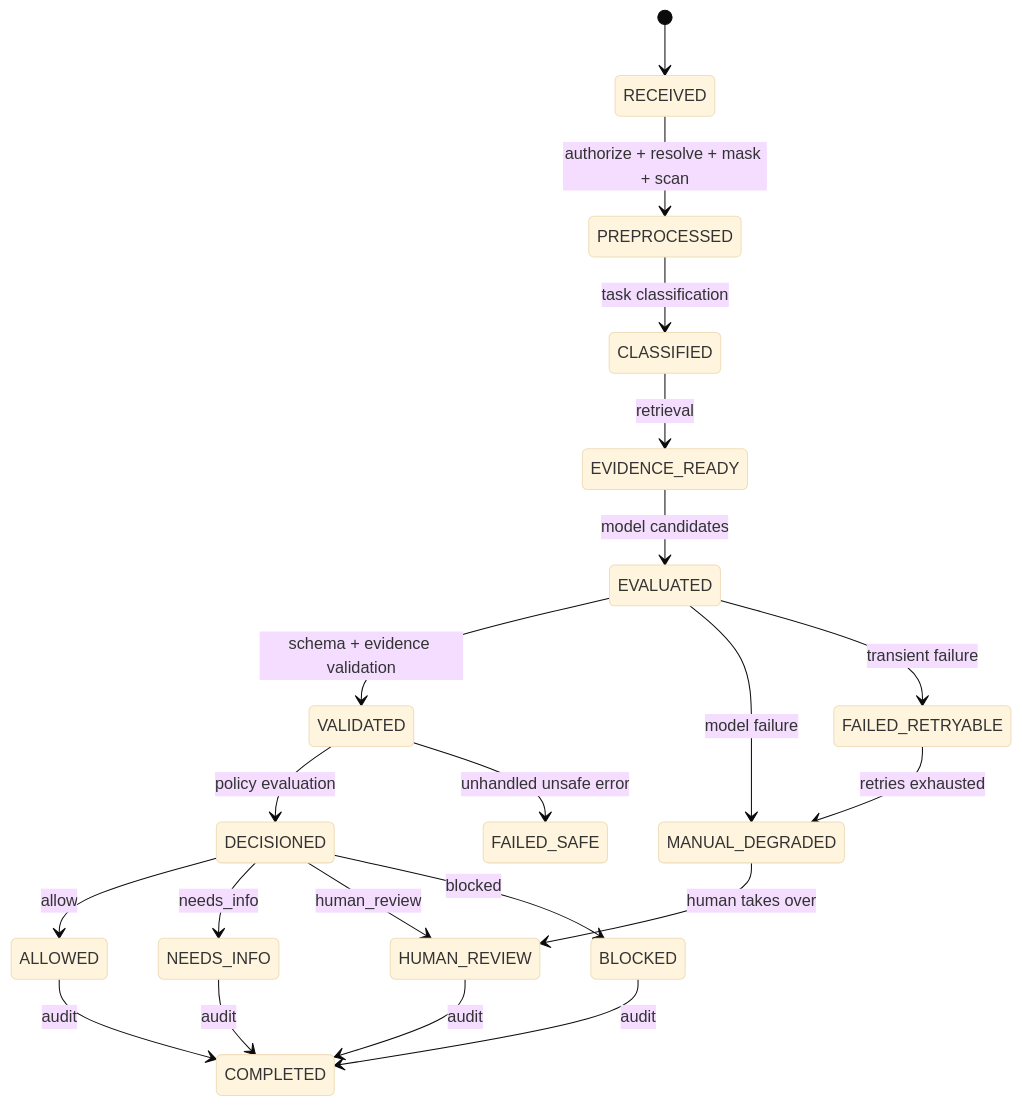
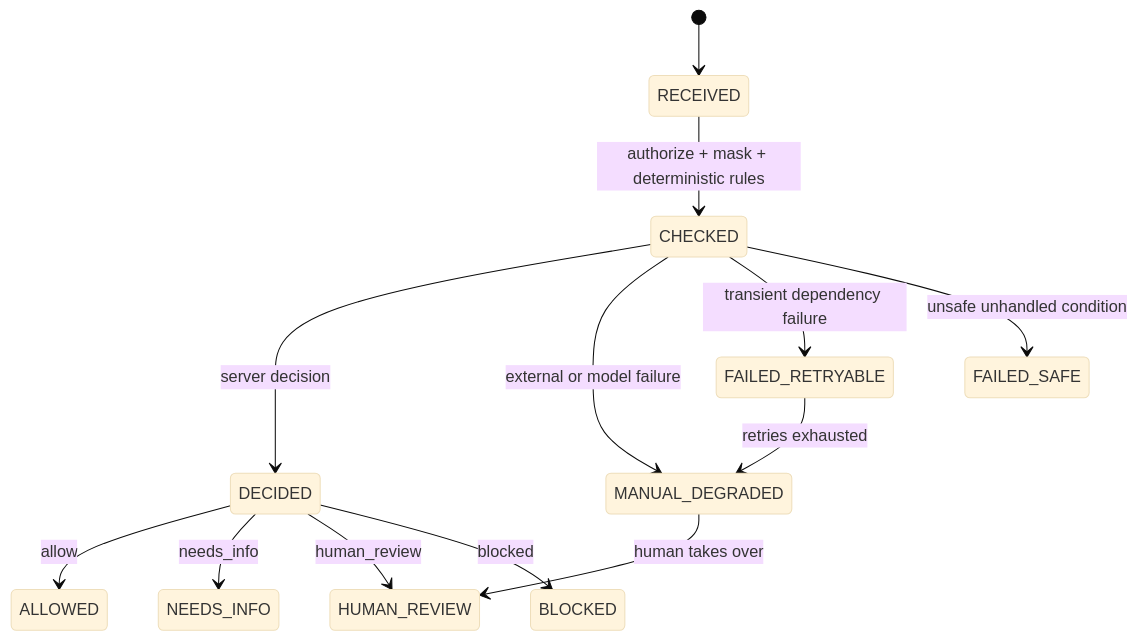
One commit to Minus77/Compliance-AI-Guard changed the fifth of 5 diagrams in docs/architecture.md. Above: the diagram before and after it, drawn with Mermaid (base theme). The commit also changed other lines of this file and 13 other files, not shown here.

````diff
--- a/docs/architecture.md
+++ b/docs/architecture.md
@@ -102,23 +271,15 @@
 ```mermaid
 stateDiagram-v2
     [*] --> RECEIVED
-    RECEIVED --> PREPROCESSED: authorize + resolve + mask + scan
-    PREPROCESSED --> CLASSIFIED: task classification
-    CLASSIFIED --> EVIDENCE_READY: retrieval
-    EVIDENCE_READY --> EVALUATED: model candidates
-    EVALUATED --> VALIDATED: schema + evidence validation
-    VALIDATED --> DECISIONED: policy evaluation
-    DECISIONED --> ALLOWED: allow
-    DECISIONED --> NEEDS_INFO: needs_info
-    DECISIONED --> HUMAN_REVIEW: human_review
-    DECISIONED --> BLOCKED: blocked
-    EVALUATED --> MANUAL_DEGRADED: model failure
-    EVALUATED --> FAILED_RETRYABLE: transient failure
+    RECEIVED --> CHECKED: authorize + mask + deterministic rules
+    CHECKED --> DECIDED: server decision
+    CHECKED --> MANUAL_DEGRADED: external or model failure
+    CHECKED --> FAILED_RETRYABLE: transient dependency failure
     FAILED_RETRYABLE --> MANUAL_DEGRADED: retries exhausted
     MANUAL_DEGRADED --> HUMAN_REVIEW: human takes over
-    VALIDATED --> FAILED_SAFE: unhandled unsafe error
-    ALLOWED --> COMPLETED: audit
-    NEEDS_INFO --> COMPLETED: audit
-    HUMAN_REVIEW --> COMPLETED: audit
-    BLOCKED --> COMPLETED: audit
+    CHECKED --> FAILED_SAFE: unsafe unhandled condition
+    DECIDED --> ALLOWED: allow
+    DECIDED --> NEEDS_INFO: needs_info
+    DECIDED --> HUMAN_REVIEW: human_review
+    DECIDED --> BLOCKED: blocked
 ```
````
